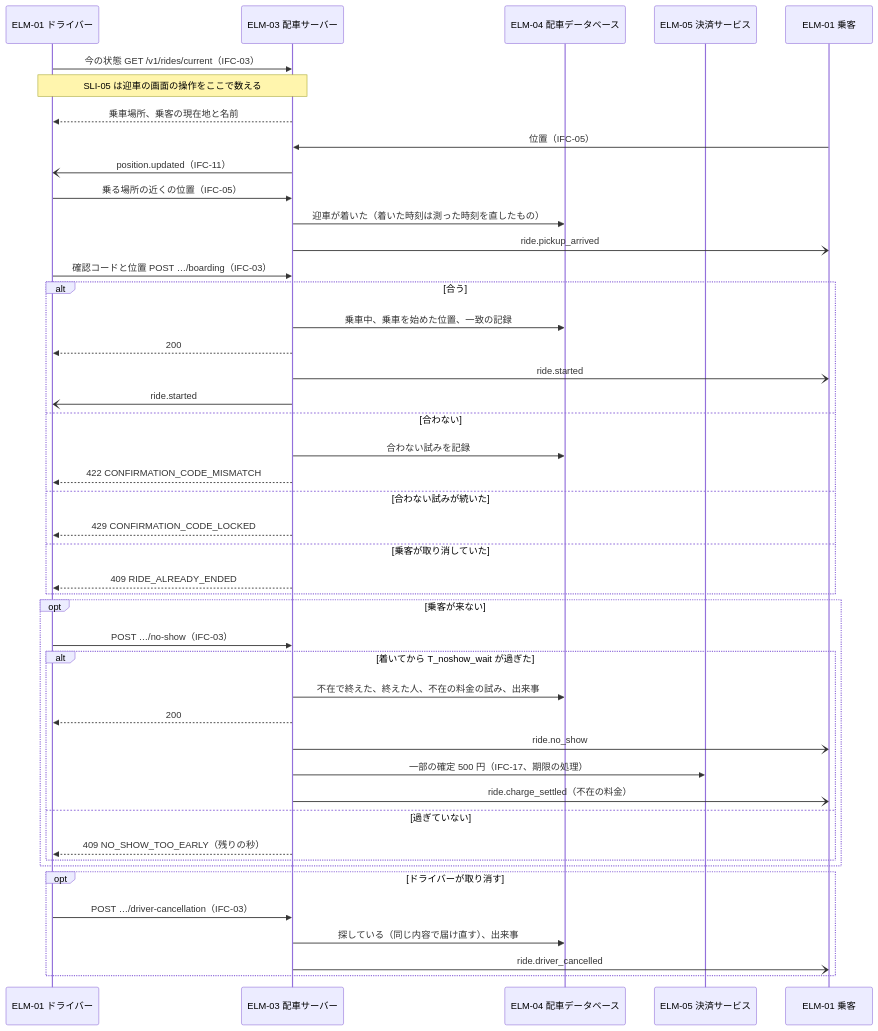
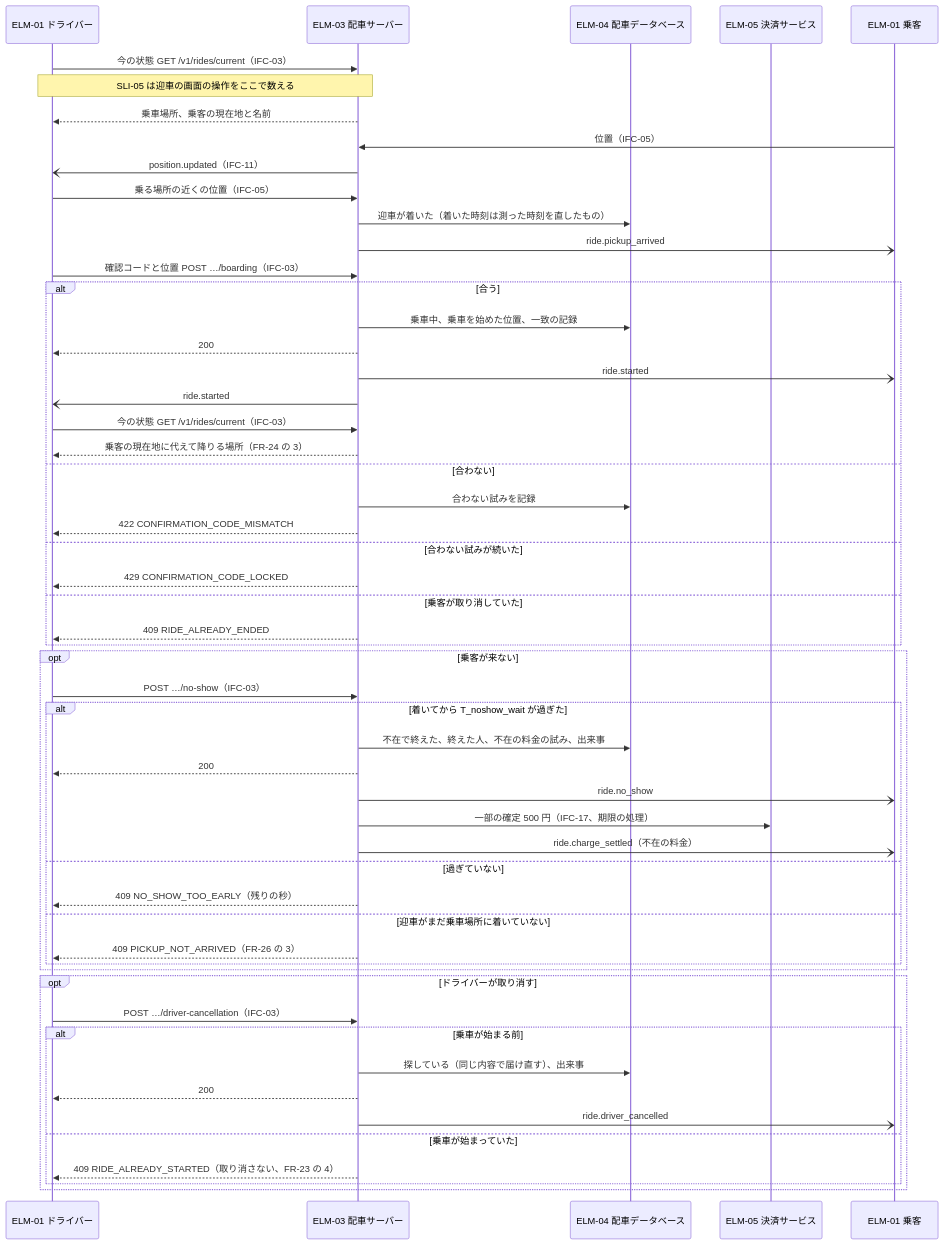
One commit to Taro000/ride-hailing-app-demo changed diagram 11 of 57 in docs/design/3-high-level-design.md. Above: the diagram before and after it, drawn with Mermaid. The commit also changed other lines of this file and 51 other files, not shown here.

````diff
--- a/docs/design/3-high-level-design.md
+++ b/docs/design/3-high-level-design.md
@@ -441,47 +495,56 @@
 ```mermaid
 sequenceDiagram
   participant D as ELM-01 ドライバー
   participant S as ELM-03 配車サーバー
   participant DB as ELM-04 配車データベース
   participant PAY as ELM-05 決済サービス
   participant P as ELM-01 乗客
   D->>S: 今の状態 GET /v1/rides/current（IFC-03）
   Note over D,S: SLI-05 は迎車の画面の操作をここで数える
   S-->>D: 乗車場所、乗客の現在地と名前
   P->>S: 位置（IFC-05）
   S-)D: position.updated（IFC-11）
   D->>S: 乗る場所の近くの位置（IFC-05）
   S->>DB: 迎車が着いた（着いた時刻は測った時刻を直したもの）
   S-)P: ride.pickup_arrived
   D->>S: 確認コードと位置 POST …/boarding（IFC-03）
   alt 合う
     S->>DB: 乗車中、乗車を始めた位置、一致の記録
     S-->>D: 200
     S-)P: ride.started
     S-)D: ride.started
+    D->>S: 今の状態 GET /v1/rides/current（IFC-03）
+    S-->>D: 乗客の現在地に代えて降りる場所（FR-24 の 3）
   else 合わない
     S->>DB: 合わない試みを記録
     S-->>D: 422 CONFIRMATION_CODE_MISMATCH
   else 合わない試みが続いた
     S-->>D: 429 CONFIRMATION_CODE_LOCKED
   else 乗客が取り消していた
     S-->>D: 409 RIDE_ALREADY_ENDED
   end
   opt 乗客が来ない
     D->>S: POST …/no-show（IFC-03）
     alt 着いてから T_noshow_wait が過ぎた
       S->>DB: 不在で終えた、終えた人、不在の料金の試み、出来事
       S-->>D: 200
       S-)P: ride.no_show
       S->>PAY: 一部の確定 500 円（IFC-17、期限の処理）
       S-)P: ride.charge_settled（不在の料金）
     else 過ぎていない
       S-->>D: 409 NO_SHOW_TOO_EARLY（残りの秒）
+    else 迎車がまだ乗車場所に着いていない
+      S-->>D: 409 PICKUP_NOT_ARRIVED（FR-26 の 3）
     end
   end
   opt ドライバーが取り消す
     D->>S: POST …/driver-cancellation（IFC-03）
-    S->>DB: 探している（同じ内容で届け直す）、出来事
-    S-)P: ride.driver_cancelled
+    alt 乗車が始まる前
+      S->>DB: 探している（同じ内容で届け直す）、出来事
+      S-->>D: 200
+      S-)P: ride.driver_cancelled
+    else 乗車が始まっていた
+      S-->>D: 409 RIDE_ALREADY_STARTED（取り消さない、FR-23 の 4）
+    end
   end
 ```
````
